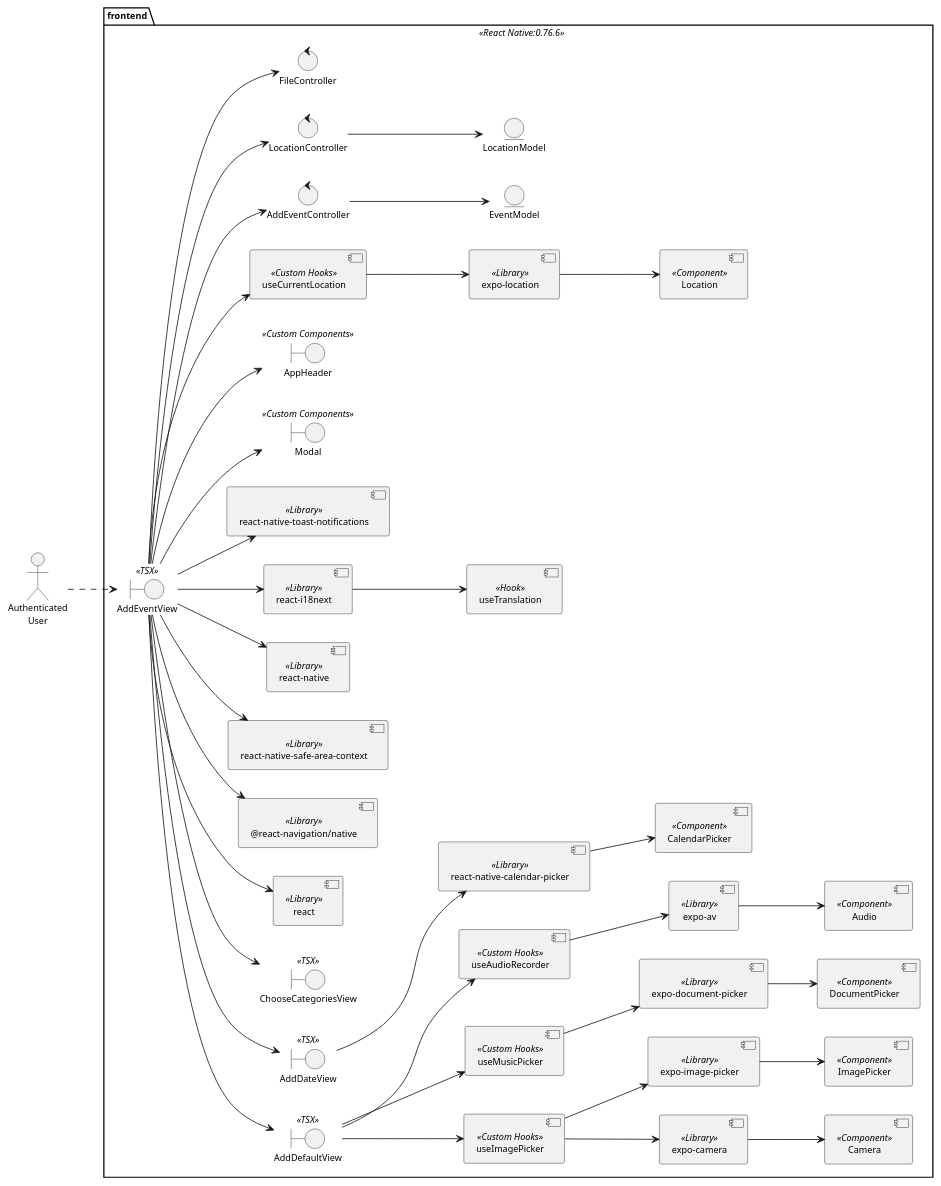
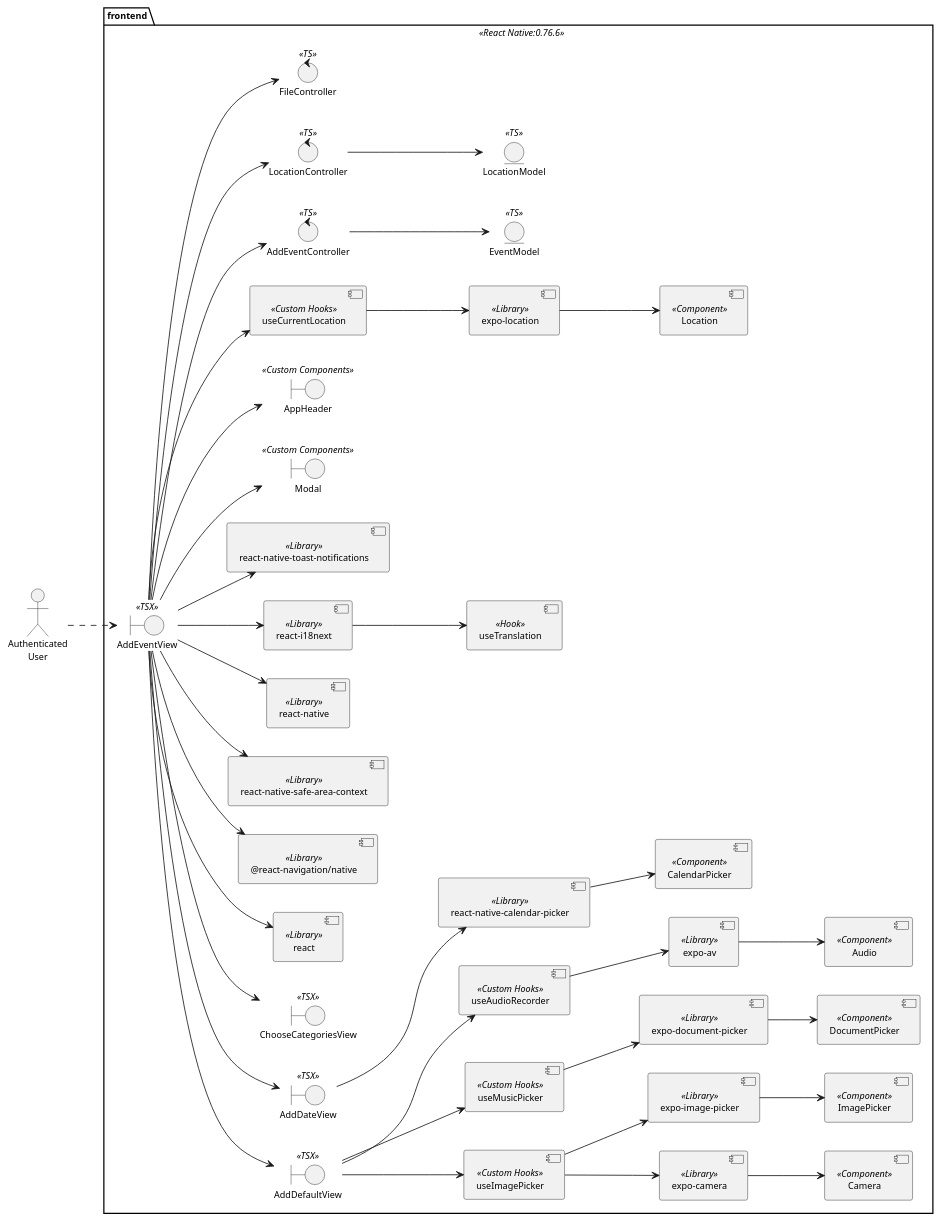
The diagram in Diseño/React Native/UC 6 Diseño/DesignClassDiagramMinified.plantuml (valeraruggierotesisucv/tesis-frameworks-mobile-diagrams), drawn with PlantUML before and after one commit. The commit also changed 13 other files, not shown here.

Commit message:
updated the .svg diagrams

```diff
--- a/Diseño/React Native/UC 6 Diseño/DesignClassDiagramMinified.plantuml
+++ b/Diseño/React Native/UC 6 Diseño/DesignClassDiagramMinified.plantuml
@@ -1,122 +1,122 @@
 @startuml DesignClassDiagramMinified
 skinparam style strictuml
 skinparam defaultTextAlignment center
 skinparam defaultFontSize 11
 left to right direction
 actor "Authenticated\nUser" as UserReg
 
 
 package frontend <<React Native:0.76.6>>{
     boundary "AddEventView" as addEventView << TSX >>
     boundary "AddDefaultView" as AddDefaultView << TSX >>
     boundary "AddDateView" as AddDateView << TSX >>
     boundary "ChooseCategoriesView" as ChooseCategoriesView << TSX >>
 
     component "react" as React << Library >>
 
     component "@react-navigation/native" as ReactNavigation << Library >>
 
     component "react-native-safe-area-context" as SafeAreaContext << Library >>
 
     component "react-native" as ReactNative << Library >>
 
     component "react-i18next" as ReactI18next << Library >>
     component "useTranslation" as useTranslation << Hook >>
 
     component "react-native-toast-notifications" as ReactNativeToast << Library >>
 
     boundary "Modal" as Modal << Custom Components >>
     boundary "AppHeader" as AppHeader << Custom Components >>
 
     component "useCurrentLocation" as useCurrentLocation << Custom Hooks >>
     component "useImagePicker" as useImagePicker << Custom Hooks >>
     component "useMusicPicker" as useMusicPicker << Custom Hooks >>
     component "useAudioRecorder" as useAudioRecorder << Custom Hooks >>
 
     component "expo-camera" as ExpoCamera << Library >>
     component "Camera" as Camera << Component >>
 
     component "expo-image-picker" as ExpoImagePicker << Library >>
     component "ImagePicker" as ImagePicker << Component >>
 
     component "expo-location" as ExpoLocation << Library >>
     component "Location" as expoLocationComponent << Component >>
 
     component "expo-document-picker" as ExpoDocumentPicker << Library >>
     component "DocumentPicker" as DocumentPicker << Component >>
 
     component "expo-av" as ExpoAV << Library >>
     component "Audio" as AudioComponent << Component >>
 
     component "react-native-calendar-picker" as ReactNativeCalendarPicker << Library >>
     component "CalendarPicker" as CalendarPicker << Component >>
 
-    control "AddEventController" as AddEventController 
-    control "LocationController" as LocationController
-    control "FileController" as FileController
+    control "AddEventController" as AddEventController << TS >>
+    control "LocationController" as LocationController << TS >>
+    control "FileController" as FileController << TS >>
 
-    entity "EventModel" as EventModel
-    entity "LocationModel" as LocationModel
+    entity "EventModel" as EventModel << TS >>
+    entity "LocationModel" as LocationModel << TS >>
 }
 
 ' Frontend View Hierarchy
 addEventView --> AddDefaultView 
 addEventView --> AddDateView 
 addEventView --> ChooseCategoriesView 
 addEventView --> useCurrentLocation
 
 ' View Components
 addEventView --> SafeAreaContext
 addEventView --> ReactNative
 addEventView --> ReactNativeToast
 addEventView --> ReactI18next
 addEventView --> ReactNavigation
 addEventView --> React
 addEventView --> Modal
 addEventView --> AppHeader
 
 'AddDefaultView 
 AddDefaultView --> useImagePicker
 AddDefaultView --> useMusicPicker
 AddDefaultView --> useAudioRecorder
 
 'AddDateView
 AddDateView --> ReactNativeCalendarPicker
 ReactNativeCalendarPicker --> CalendarPicker
 
 ' Camera
 useImagePicker --> ExpoCamera
 ExpoCamera --> Camera
 
 ' ImagePicker
 useImagePicker --> ExpoImagePicker
 ExpoImagePicker --> ImagePicker
 
 ' ReactI18next
 ReactI18next --> useTranslation
 
 ' DocumentPicker
 useMusicPicker --> ExpoDocumentPicker
 ExpoDocumentPicker --> DocumentPicker
 
 ' ExpoLocation
 useCurrentLocation --> ExpoLocation
 ExpoLocation --> expoLocationComponent
 
 ' Audio
 useAudioRecorder --> ExpoAV
 ExpoAV --> AudioComponent
 
 ' Controller relationships
 addEventView --> AddEventController
 addEventView --> LocationController
 addEventView --> FileController
 
 AddEventController --> EventModel
 LocationController --> LocationModel
 
 ' User interaction
 UserReg ..> addEventView
 
 
 @enduml
```
